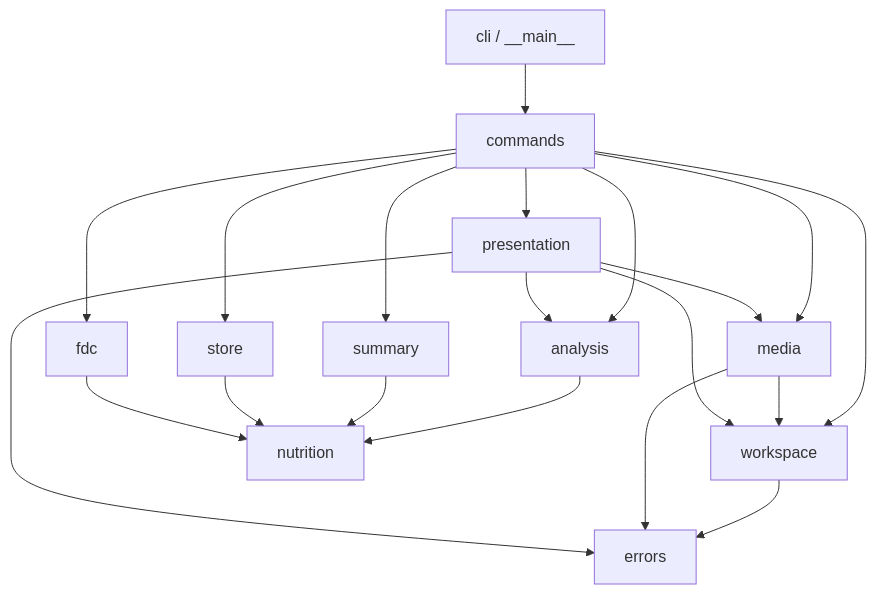
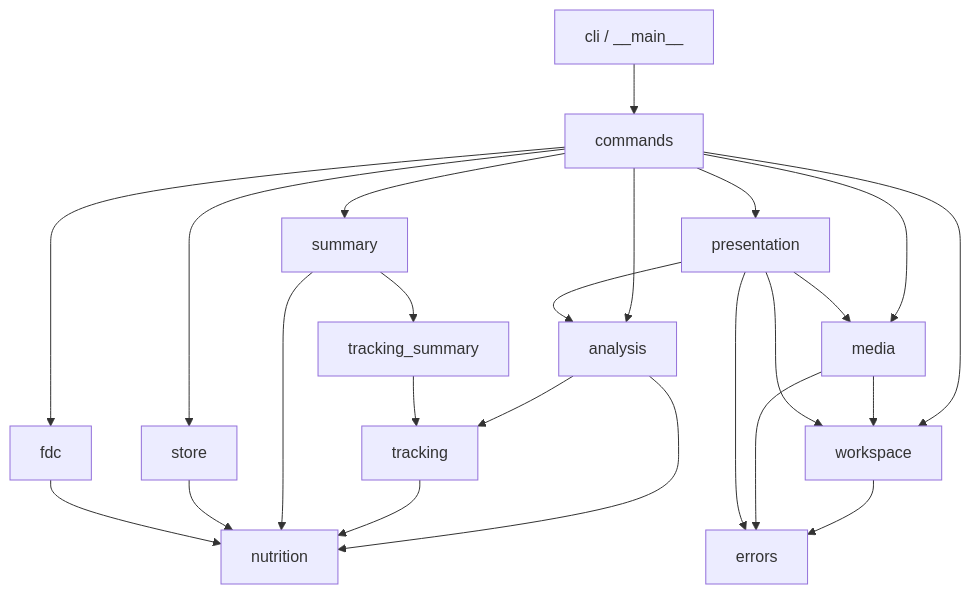
Before and after one commit to imathwy/health: the first of 2 diagrams in docs/architecture.md, drawn with Mermaid. The commit also changed other lines of this file and 23 other files, not shown here.

````diff
--- a/docs/architecture.md
+++ b/docs/architecture.md
@@ -35,22 +35,26 @@
 ```mermaid
 flowchart TD
     CLI[cli / __main__] --> APP[commands]
     APP --> ANALYSIS[analysis]
     APP --> SUMMARY[summary]
     APP --> WORKSPACE[workspace]
     APP --> MEDIA[media]
     APP --> PRESENTATION[presentation]
     APP --> STORE[store]
     APP --> FDC[fdc]
     ANALYSIS --> NUTRITION[nutrition]
+    ANALYSIS --> TRACKING[tracking]
+    TRACKING --> NUTRITION
     SUMMARY --> NUTRITION
+    SUMMARY --> TRACKING_SUMMARY[tracking_summary]
+    TRACKING_SUMMARY --> TRACKING
     STORE --> NUTRITION
     FDC --> NUTRITION
     MEDIA --> WORKSPACE
     PRESENTATION --> ANALYSIS
     PRESENTATION --> MEDIA
     PRESENTATION --> WORKSPACE
     WORKSPACE --> ERRORS[errors]
     MEDIA --> ERRORS
     PRESENTATION --> ERRORS
 ```
````
